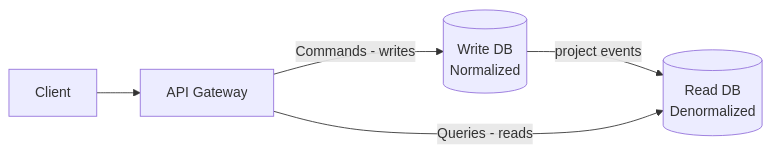
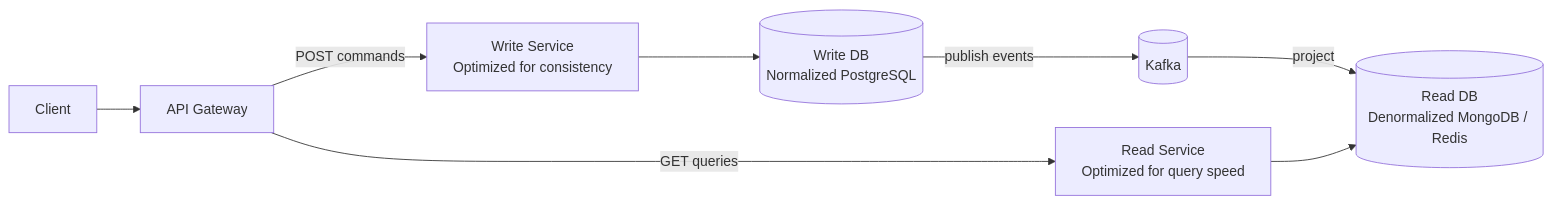
One commit to jether2011/interview-questions changed the ninth of 11 diagrams in microservices-patterns.md. Above: the diagram before and after it, drawn with Mermaid. The commit also changed other lines of this file and 13 other files, not shown here.

````diff
--- a/microservices-patterns.md
+++ b/microservices-patterns.md
@@ -217,7 +410,10 @@
 ```mermaid
 flowchart LR
     Client --> GW[API Gateway]
-    GW -->|Commands - writes| WDB[(Write DB\nNormalized)]
-    WDB -->|project events| RDB[(Read DB\nDenormalized)]
-    GW -->|Queries - reads| RDB
+    GW -->|POST commands| WS[Write Service\nOptimized for consistency]
+    WS --> WDB[(Write DB\nNormalized PostgreSQL)]
+    WDB -->|publish events| MQ[(Kafka)]
+    MQ -->|project| RDB[(Read DB\nDenormalized MongoDB / Redis)]
+    GW -->|GET queries| RS[Read Service\nOptimized for query speed]
+    RS --> RDB
 ```
````
